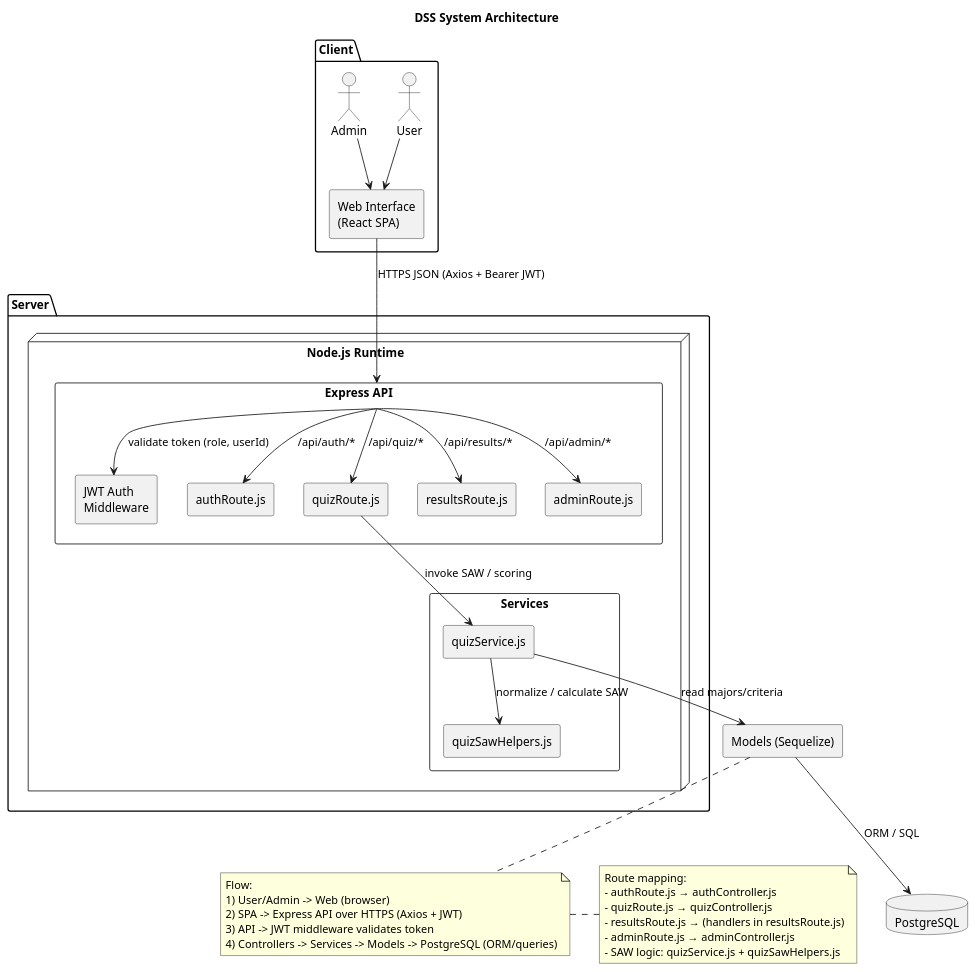
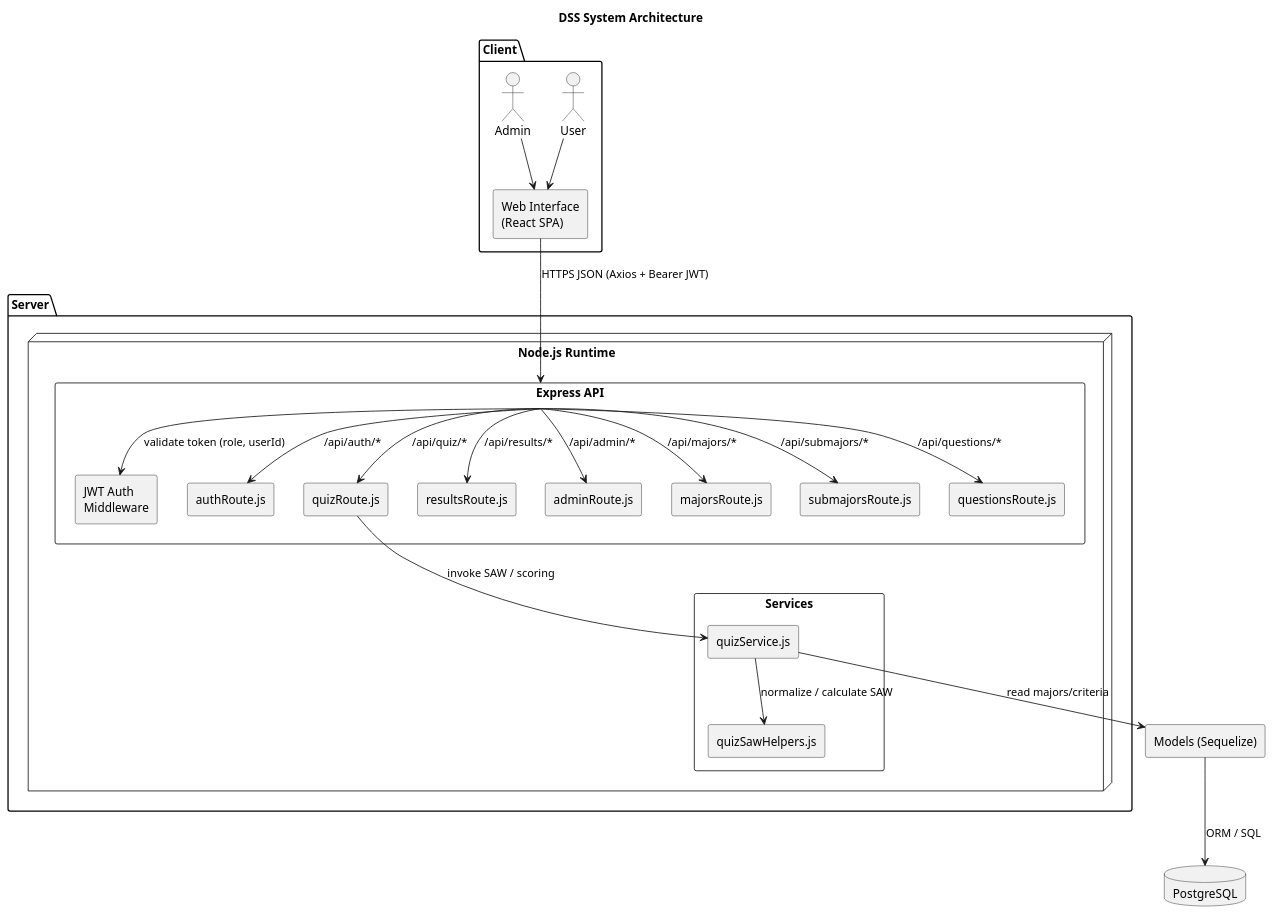
One commit to yennguyenn/prethesis changed the diagram in docs/architecture_redrawn.puml. Above: the diagram before and after it, drawn with PlantUML. The commit also changed 35 other files, not shown here.

```diff
--- a/docs/architecture_redrawn.puml
+++ b/docs/architecture_redrawn.puml
@@ -1,64 +1,54 @@
 @startuml
 skinparam backgroundColor #FFFFFF
 skinparam componentStyle rectangle
 title DSS System Architecture 
 top to bottom direction
 
 package "Client" {
   actor User
   actor Admin
   component "Web Interface\n(React SPA)" as Web
   User --> Web
   Admin --> Web
 }
 
 package "Server" {
   node "Node.js Runtime" as NodeRT {
     rectangle "Express API" as API {
       component "JWT Auth\nMiddleware" as JWT
       component "authRoute.js" as AuthR
       component "quizRoute.js" as QuizR
       component "resultsRoute.js" as ResultsR
       component "adminRoute.js" as AdminR
+      component "majorsRoute.js" as MajorsR
+      component "submajorsRoute.js" as SubMajorsR
+      component "questionsRoute.js" as QuestionsR
     }
     rectangle "Services" as ServicesBox {
       component "quizService.js" as QuizSvc
       component "quizSawHelpers.js" as Saw
     }
   }
 }
 
 database "PostgreSQL" as DB
 
 ' Layout arrows
 Web --> API : HTTPS JSON (Axios + Bearer JWT)
 API --> JWT : validate token (role, userId)
 API --> AuthR : /api/auth/*
 API --> QuizR : /api/quiz/*
 API --> ResultsR  : /api/results/*
 API --> AdminR: /api/admin/*
+API --> MajorsR : /api/majors/*
+API --> SubMajorsR : /api/submajors/*
+API --> QuestionsR : /api/questions/*
 component "Models (Sequelize)" as ModelsComp
 ModelsComp --> DB : ORM / SQL
 
 QuizR --> QuizSvc : invoke SAW / scoring
 QuizSvc --> Saw : normalize / calculate SAW
 QuizSvc --> ModelsComp : read majors/criteria
 
-note bottom
-Flow:
-1) User/Admin -> Web (browser)
-2) SPA -> Express API over HTTPS (Axios + JWT)
-3) API -> JWT middleware validates token
-4) Controllers -> Services -> Models -> PostgreSQL (ORM/queries)
-end note
-
-note right
-  Route mapping:
-  - authRoute.js → authController.js
-  - quizRoute.js → quizController.js
-  - resultsRoute.js → (handlers in resultsRoute.js)
-  - adminRoute.js → adminController.js
-  - SAW logic: quizService.js + quizSawHelpers.js
-end note
 
 @enduml
```
